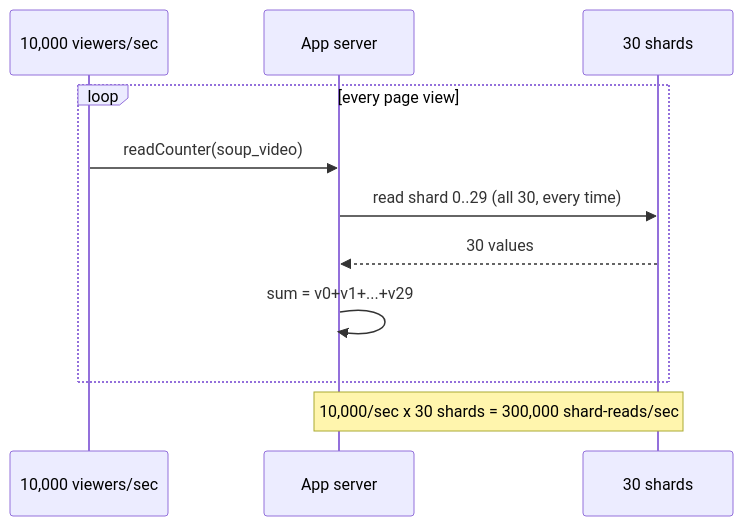
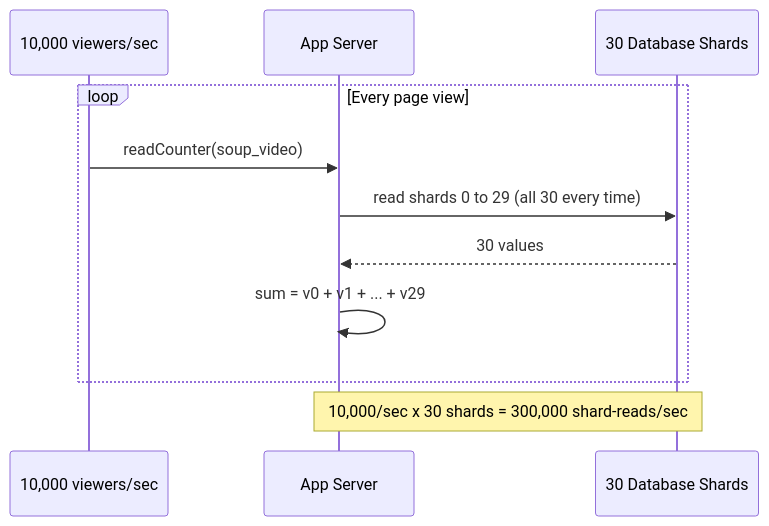
The fifth of 12 diagrams in system-design/HLD/0-course/24-Sharded-Counters-FAANG-Guide-story.md (riyaz-pasha/Learnings), drawn with Mermaid before and after one commit. The commit also changed other lines of this file and 1 other file, not shown here.

````diff
--- a/system-design/HLD/0-course/24-Sharded-Counters-FAANG-Guide-story.md
+++ b/system-design/HLD/0-course/24-Sharded-Counters-FAANG-Guide-story.md
@@ -117,14 +212,14 @@
 ```mermaid
 sequenceDiagram
     participant U as 10,000 viewers/sec
-    participant AS as App server
-    participant S as 30 shards
+    participant AS as App Server
+    participant S as 30 Database Shards
 
-    loop every page view
-    U->>AS: readCounter(soup_video)
-    AS->>S: read shard 0..29 (all 30, every time)
-    S-->>AS: 30 values
-    AS->>AS: sum = v0+v1+...+v29
+    loop Every page view
+        U->>AS: readCounter(soup_video)
+        AS->>S: read shards 0 to 29 (all 30 every time)
+        S-->>AS: 30 values
+        AS->>AS: sum = v0 + v1 + ... + v29
     end
     Note over AS,S: 10,000/sec x 30 shards = 300,000 shard-reads/sec
 ```
````
